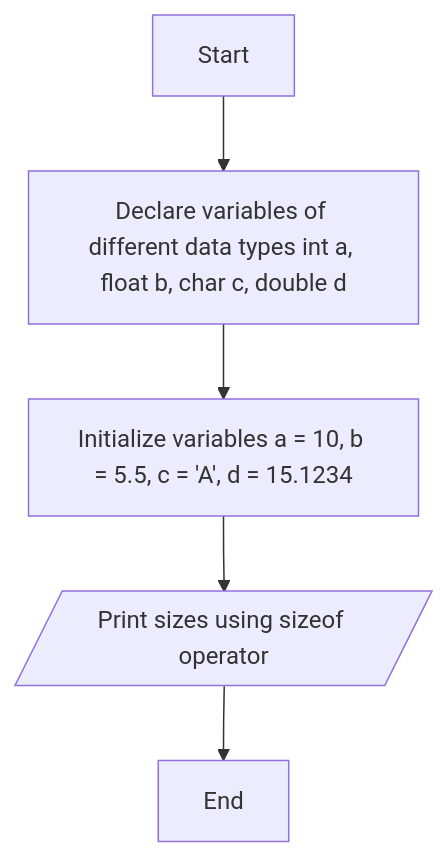
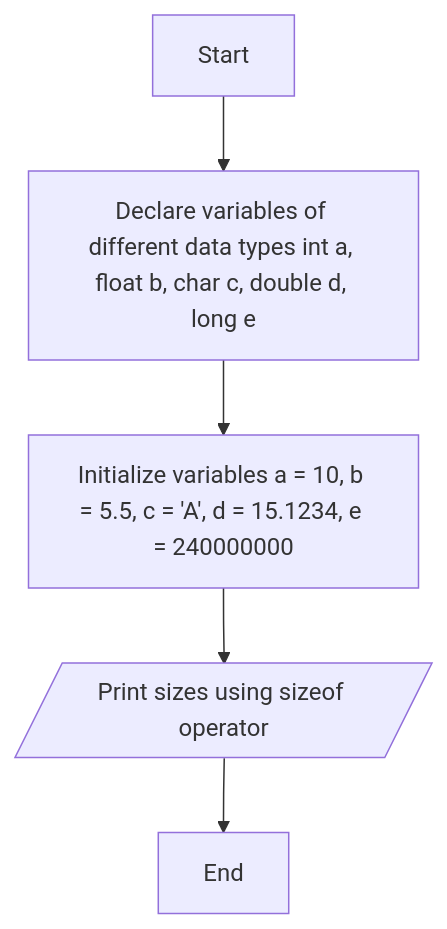
Before and after one commit to Vinit-source/Programming-for-problem-solving: the diagram in P1 - Data Types.md, drawn with Mermaid. The commit also changed other lines of this file, not shown here.

Commit message:
P1 - Data Types.md updated from https://stackedit.io/

````diff
--- a/P1 - Data Types.md
+++ b/P1 - Data Types.md
@@ -26,7 +26,7 @@
 ```mermaid
 graph TD;
-    A[Start] --> B[Declare variables of different data types int a, float b, char c, double d];
-    B --> C[Initialize variables a = 10, b = 5.5, c = 'A', d = 15.1234];
+    A[Start] --> B[Declare variables of different data types int a, float b, char c, double d, long e];
+    B --> C[Initialize variables a = 10, b = 5.5, c = 'A', d = 15.1234, e = 240000000];
     C --> D[/Print sizes using sizeof operator/];
     D --> E[End];
 ```
````
